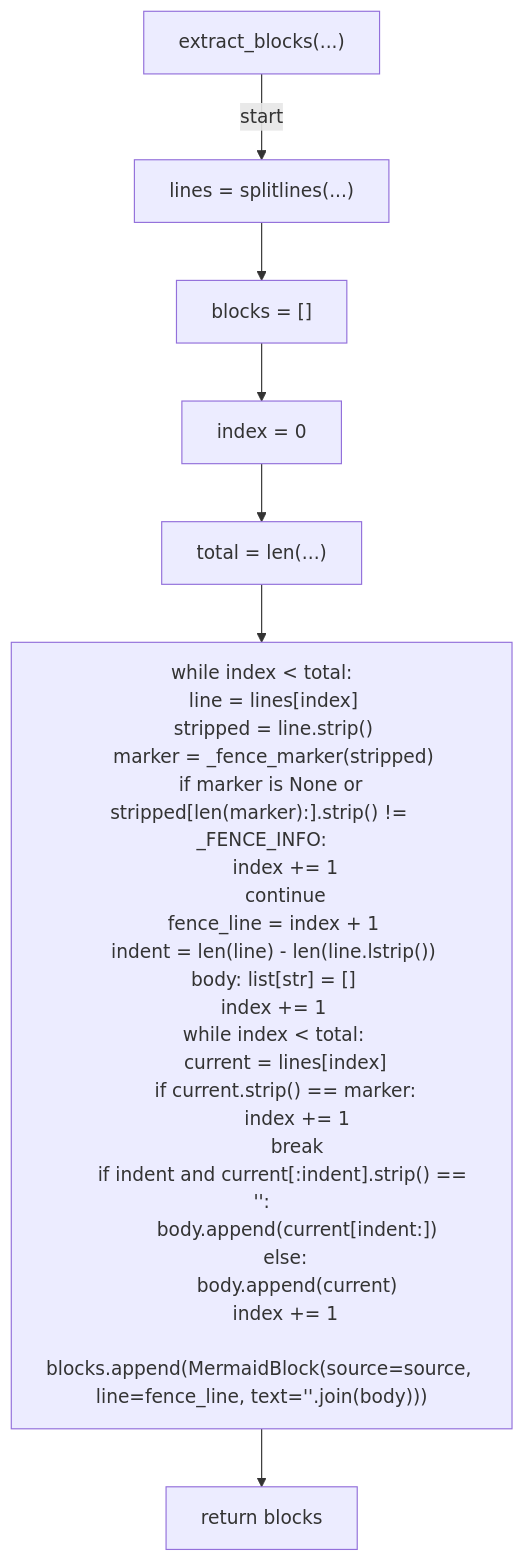
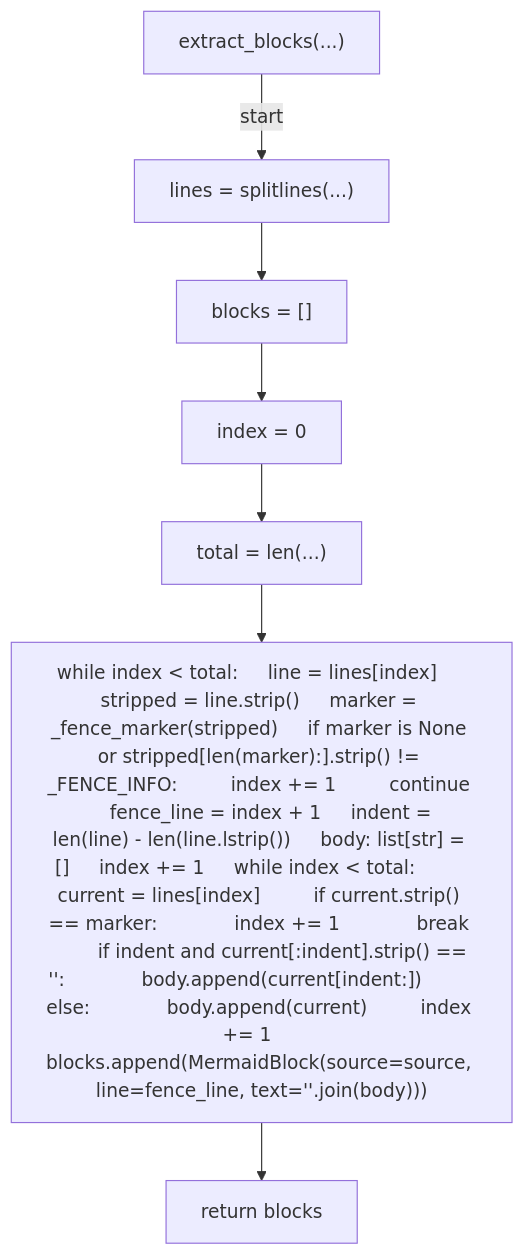
One commit to tvna/claude-md changed the fifth of 14 diagrams in docs/generated/scripts/ast/scan_mermaid_syntax.md. Above: the diagram before and after it, drawn with Mermaid. The commit also changed other lines of this file and 23 other files, not shown here.

First line of the commit message:
docs(generated): regenerate decision tree and workflow diagrams (batch 4/5)

````diff
--- a/docs/generated/scripts/ast/scan_mermaid_syntax.md
+++ b/docs/generated/scripts/ast/scan_mermaid_syntax.md
@@ -68,37 +61,16 @@
 ```mermaid
 flowchart TD
     N001["extract_blocks(...)"]
     N002["lines = splitlines(...)"]
     N003["blocks = []"]
     N004["index = 0"]
     N005["total = len(...)"]
-    N006["while index < total:
-    line = lines[index]
-    stripped = line.strip()
-    marker = _fence_marker(stripped)
-    if marker is None or stripped[len(marker):].strip() != _FENCE_INFO:
-        index += 1
-        continue
-    fence_line = index + 1
-    indent = len(line) - len(line.lstrip())
-    body: list[str] = []
-    index += 1
-    while index < total:
-        current = lines[index]
-        if current.strip() == marker:
-            index += 1
-            break
-        if indent and current[:indent].strip() == '<str>':
-            body.append(current[indent:])
-        else:
-            body.append(current)
-        index += 1
-    blocks.append(MermaidBlock(source=source, line=fence_line, text='<str>'.join(body)))"]
+    N006["while index < total:     line = lines[index]     stripped = line.strip()     marker = _fence_marker(stripped)     if marker is None or stripped[len(marker):].strip() != _FENCE_INFO:         index += 1         continue     fence_line = index + 1     indent = len(line) - len(line.lstrip())     body: list[str] = []     index += 1     while index < total:         current = lines[index]         if current.strip() == marker:             index += 1             break         if indent and current[:indent].strip() == '<str>':             body.append(current[indent:])         else:             body.append(current)         index += 1     blocks.append(MermaidBlock(source=source, line=fence_line, text='<str>'.join(body)))"]
     N007["return blocks"]
     N001 -->|"start"| N002
     N002 --> N003
     N003 --> N004
     N004 --> N005
     N005 --> N006
     N006 --> N007
 ```
````
